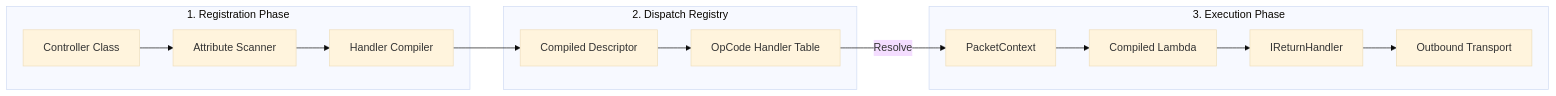
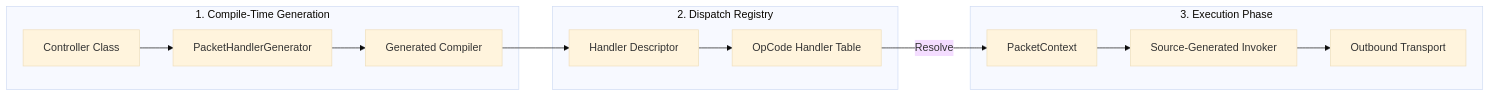
The diagram in docs/api/runtime/handlers/index.md (ppn-systems/Nalix), drawn with Mermaid (base theme) before and after one commit. The commit also changed other lines of this file and 63 other files, not shown here.

````diff
--- a/docs/api/runtime/handlers/index.md
+++ b/docs/api/runtime/handlers/index.md
@@ -9,31 +9,29 @@
 ```mermaid
 flowchart LR
-    subgraph Compile[1. Registration Phase]
+    subgraph Compile[1. Compile-Time Generation]
         Class[Controller Class]
-        Scan[Attribute Scanner]
-        Comp[Handler Compiler]
-        
+        Scan[PacketHandlerGenerator]
+        Gen[Generated Compiler]
+
         Class --> Scan
-        Scan --> Comp
+        Scan --> Gen
     end
 
     subgraph Memory[2. Dispatch Registry]
         Table[OpCode Handler Table]
-        Desc[Compiled Descriptor]
-        
-        Comp --> Desc
+        Desc[Handler Descriptor]
+
+        Gen --> Desc
         Desc --> Table
     end
 
     subgraph Live[3. Execution Phase]
         Ctx[PacketContext]
-        Inv[Compiled Lambda]
-        Ret[IReturnHandler]
-        
+        Inv[Source-Generated Invoker]
+
         Ctx --> Inv
-        Inv --> Ret
-        Ret --> Send[Outbound Transport]
+        Inv --> Send[Outbound Transport]
     end
 
     Table -->|Resolve| Ctx
 ```
````
